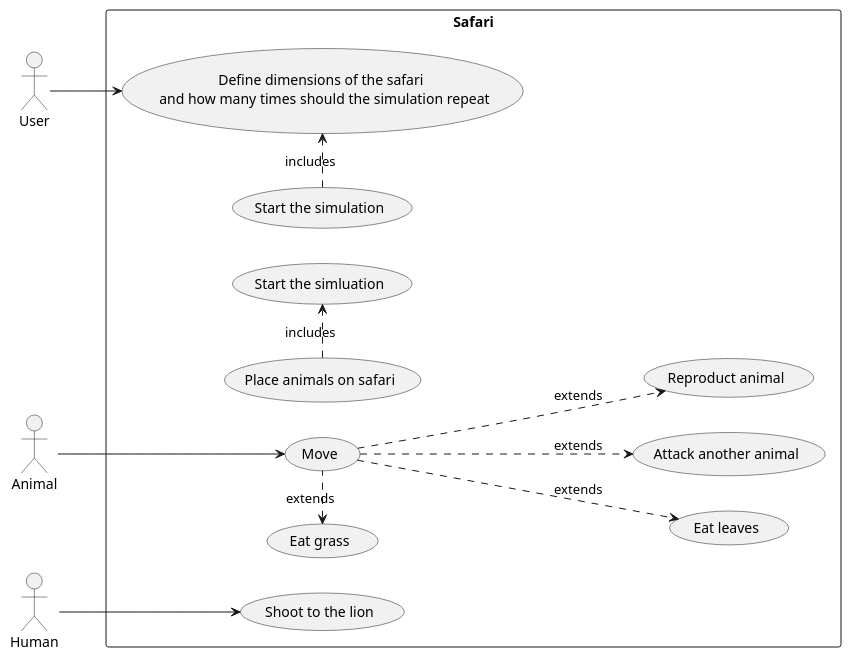
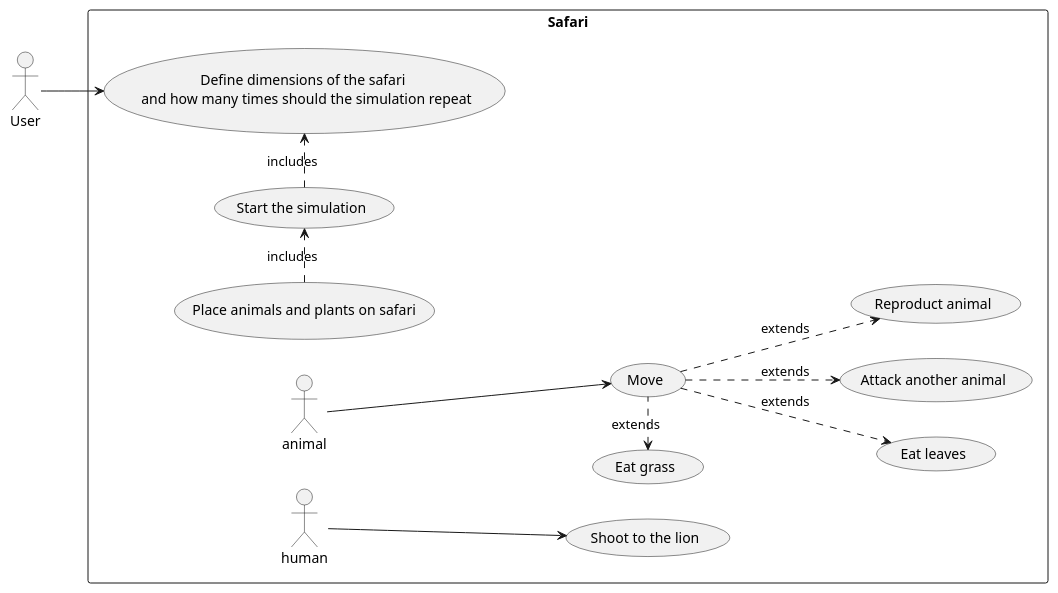
The diagram in src/main/java/safari/animals/useCaseDiagram.puml (Karolina606/Safari), drawn with PlantUML before and after one commit. The commit also changed 4 other files, not shown here.

Commit message:
add corrects to the diagrams

```diff
--- a/src/main/java/safari/animals/useCaseDiagram.puml
+++ b/src/main/java/safari/animals/useCaseDiagram.puml
@@ -1,25 +1,23 @@
 @startuml
 left to right direction
 skinparam packageStyle rect
 
 :User: as user
-:Animal: as animal
-:Human: as human
 
 rectangle "Safari"{
     user --> (Define dimensions of the safari \n and how many times should the simulation repeat)
 
     (Define dimensions of the safari \n and how many times should the simulation repeat) <.left. (Start the simulation): includes
-    (Start the simluation) <.left. (Place animals on safari): includes
+    (Start the simulation) <.left. (Place animals and plants on safari): includes
 
 
     animal --> (Move)
     (Move) .left.> (Eat grass): extends
     (Move) .down.> (Eat leaves): extends
     (Move) ..> (Attack another animal): extends
     (Move) ..> (Reproduct animal): extends
 
     human --> (Shoot to the lion)
 
 }
 @enduml
```
